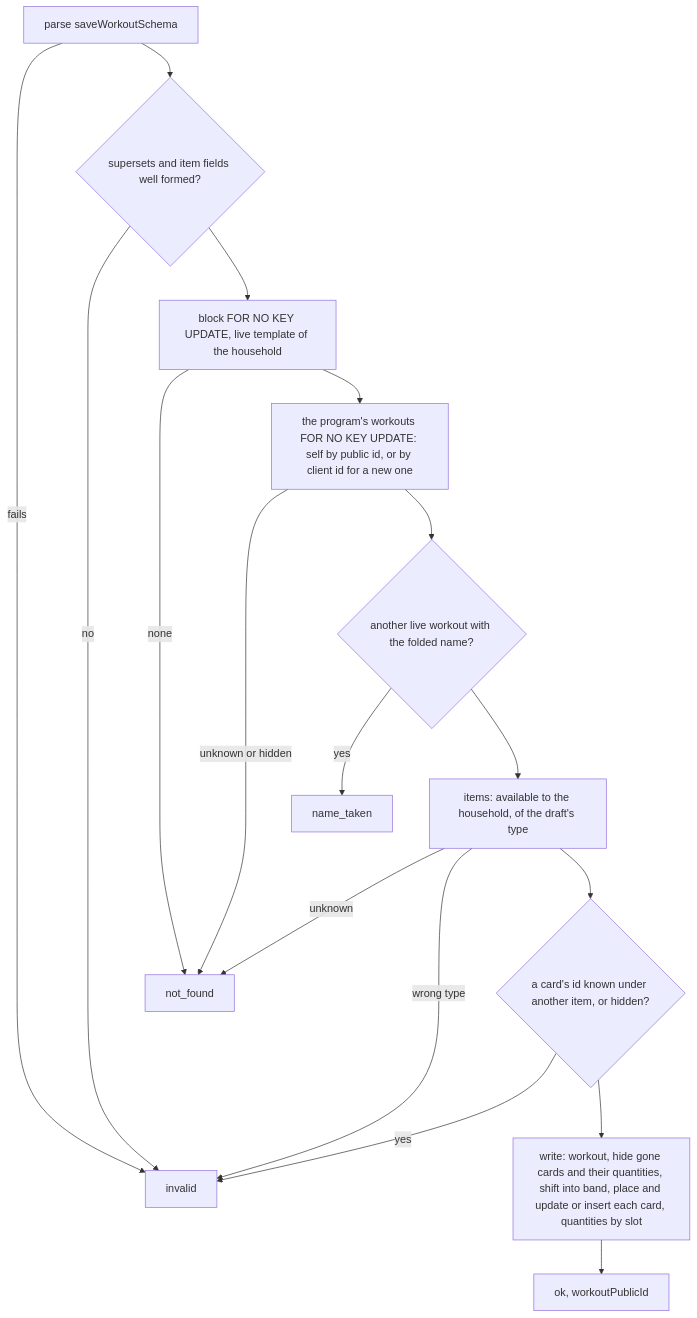
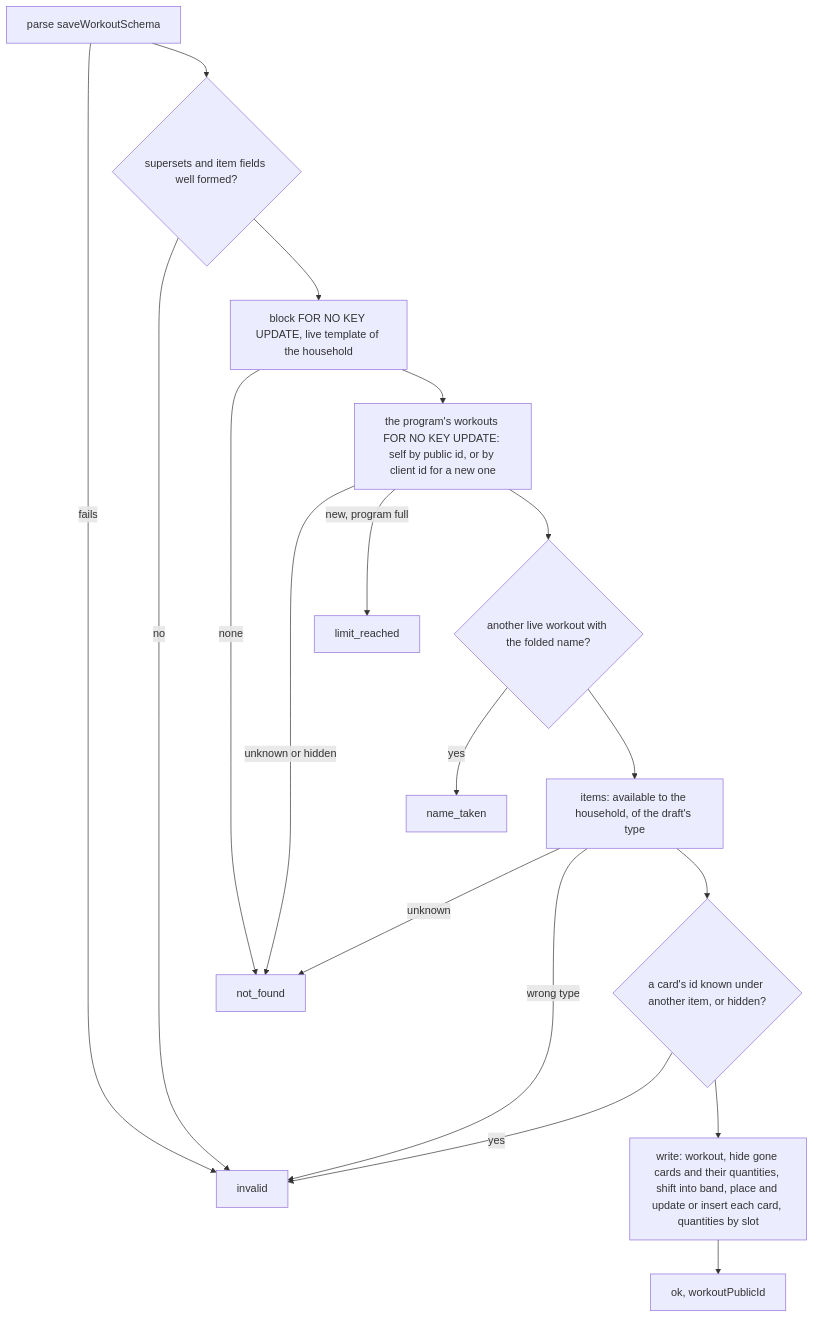
Before and after one commit to ralamode/mat-plan: the diagram in docs/features/program-writers.md, drawn with Mermaid. The commit also changed other lines of this file and 48 other files, not shown here.

First line of the commit message:
feat(fam-1): a household, a program and a weekday each stop at their cap, with limit_reached (#605)

````diff
--- a/docs/features/program-writers.md
+++ b/docs/features/program-writers.md
@@ -121,19 +121,20 @@
 ```mermaid
 flowchart TD
   P[parse saveWorkoutSchema] -->|fails| I1[invalid]
   P --> S{supersets and item fields well formed?}
   S -->|no| I1
   S --> B[block FOR NO KEY UPDATE, live template of the household]
   B -->|none| N[not_found]
   B --> W[the program's workouts FOR NO KEY UPDATE: self by public id, or by client id for a new one]
   W -->|unknown or hidden| N
+  W -->|new, program full| L[limit_reached]
   W --> T{another live workout with the folded name?}
   T -->|yes| NT[name_taken]
   T --> M[items: available to the household, of the draft's type]
   M -->|unknown| N
   M -->|wrong type| I1
   M --> R{a card's id known under another item, or hidden?}
   R -->|yes| I1
   R --> X[write: workout, hide gone cards and their quantities, shift into band, place and update or insert each card, quantities by slot]
   X --> OK["ok, workoutPublicId"]
 ```
````
